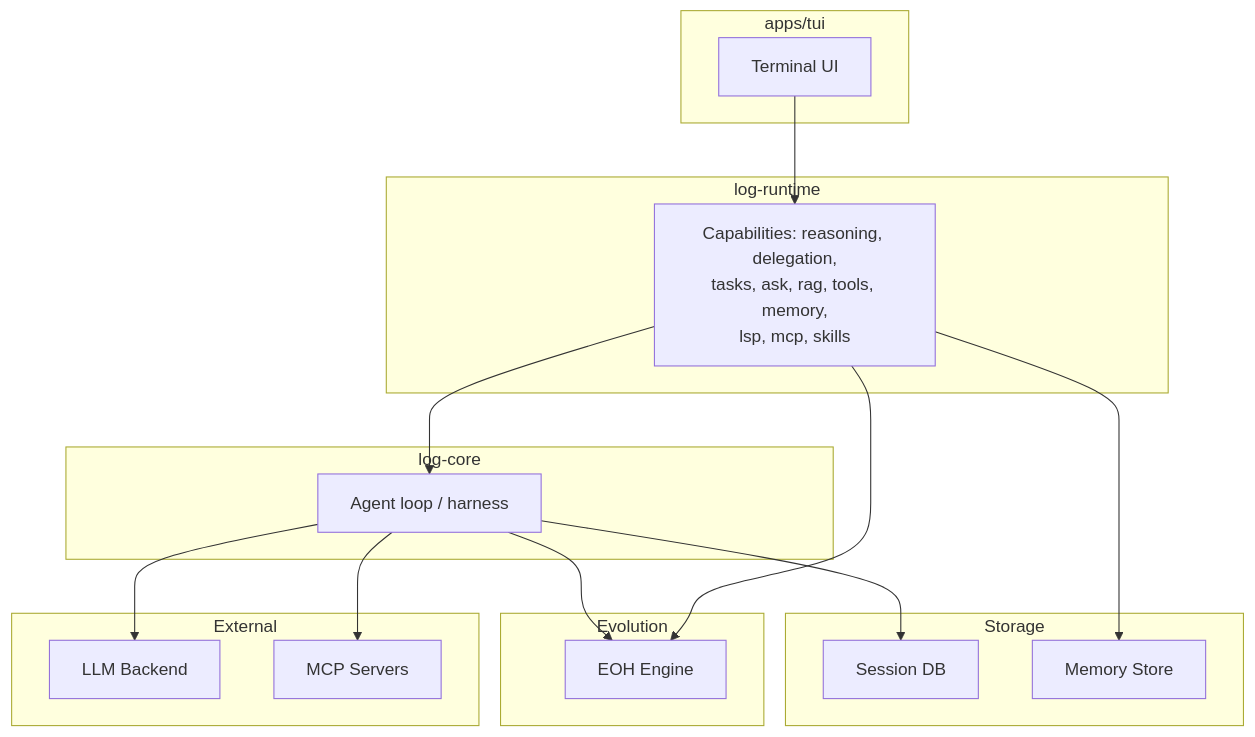
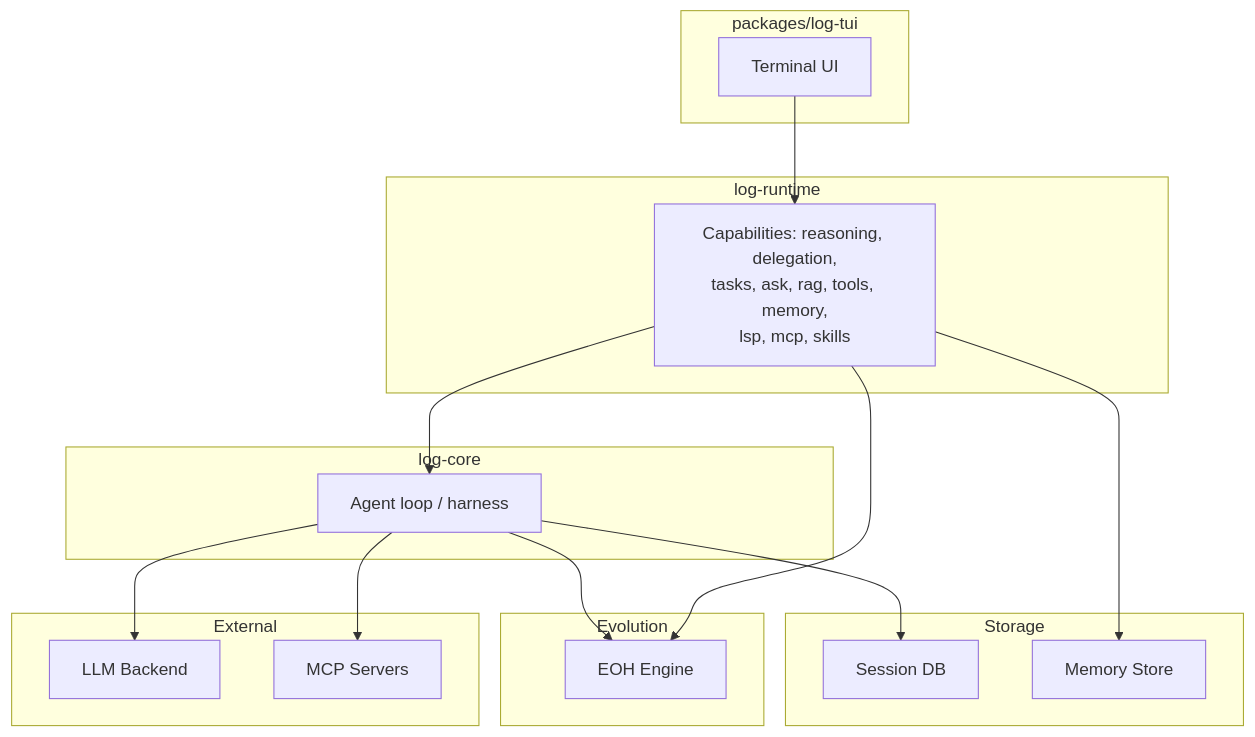
One commit to lseman/logician changed the diagram in docs/overview.md. Above: the diagram before and after it, drawn with Mermaid. The commit also changed other lines of this file and 718 other files, not shown here.

````diff
--- a/docs/overview.md
+++ b/docs/overview.md
@@ -19,32 +19,32 @@
 ```mermaid
 graph TB
-  subgraph TUI["apps/tui"]
+  subgraph TUI["packages/log-tui"]
     A[Terminal UI]
   end
   subgraph Core["log-core"]
     C[Agent loop / harness]
   end
   subgraph Runtime["log-runtime"]
     D[Capabilities: reasoning, delegation,<br/>tasks, ask, rag, tools, memory,<br/>lsp, mcp, skills]
   end
   subgraph Evolution
     G[EOH Engine]
   end
   subgraph Storage
     H[Session DB]
     I[Memory Store]
   end
   subgraph External
     J[LLM Backend]
     K[MCP Servers]
   end
 
   A --> D
   D --> C
   C --> J
   D --> G
   C --> G
   C --> H
   D --> I
   C --> K
 ```
````
